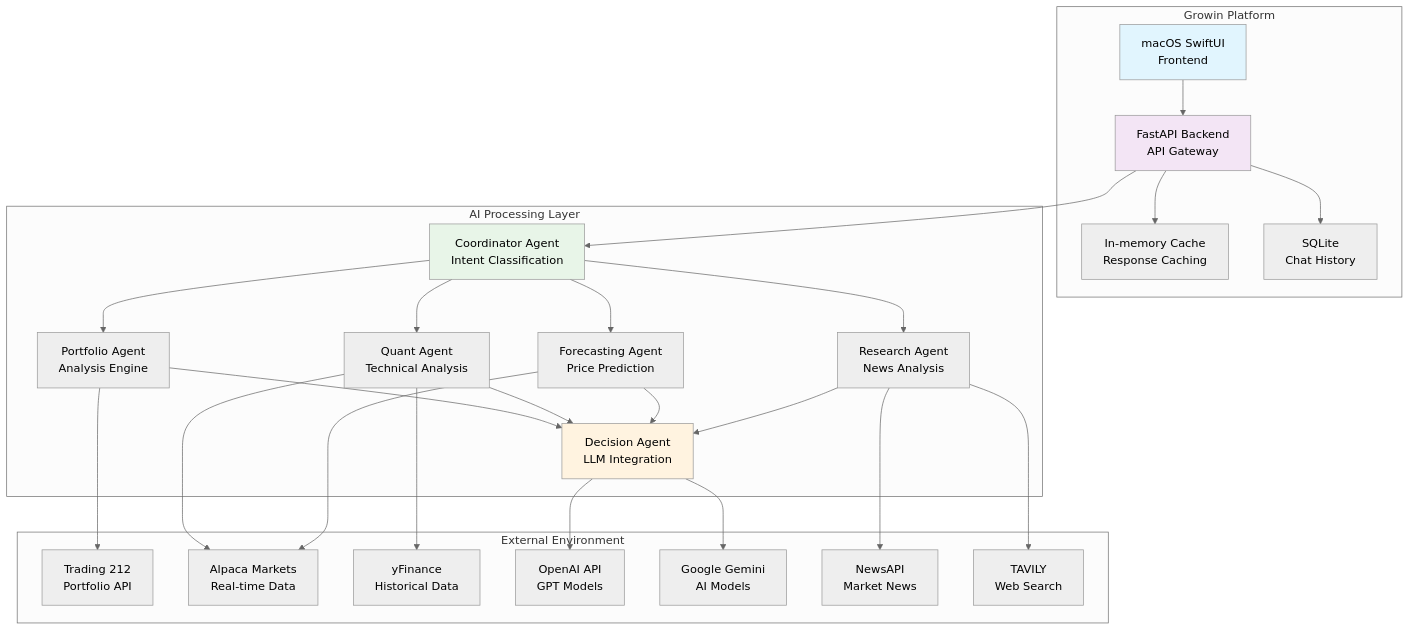
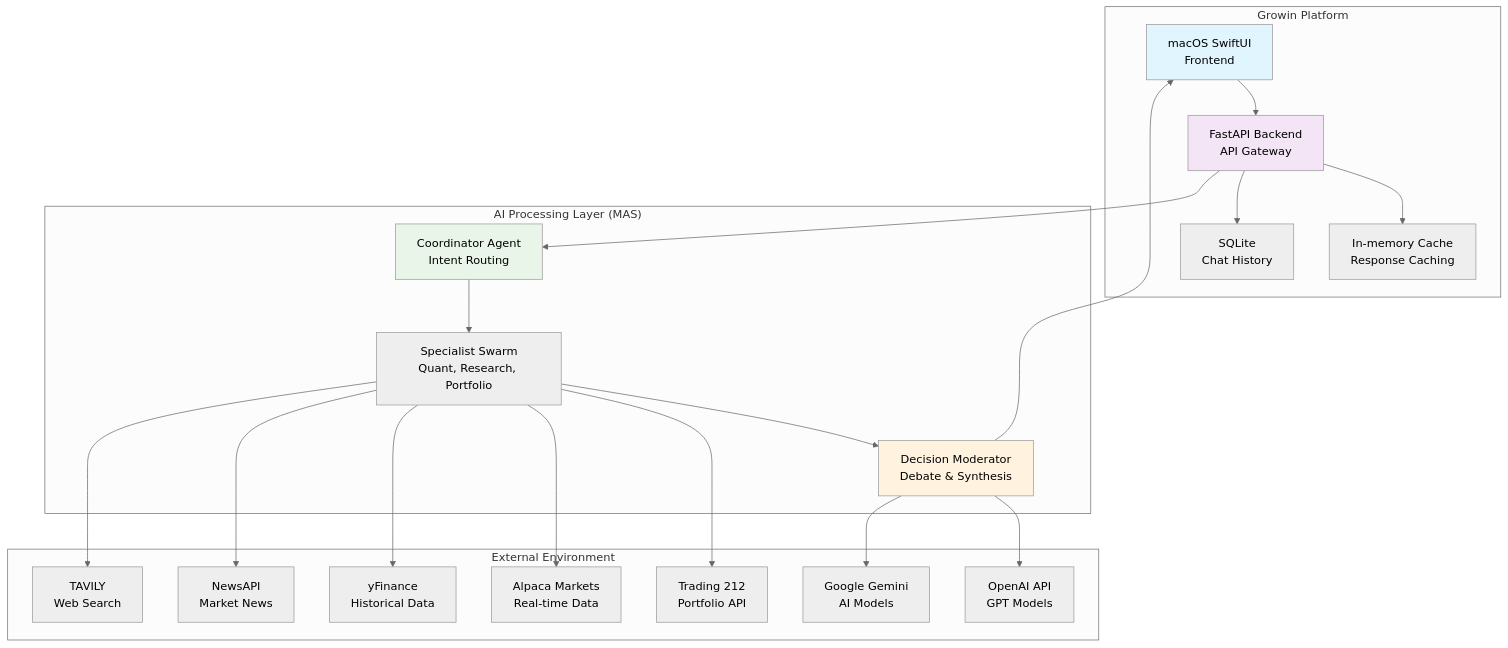
Before and after one commit to sank29mane/growin-app: the first of 4 diagrams in ARCHITECTURE.md, drawn with Mermaid (neutral theme). The commit also changed other lines of this file and 2 other files, not shown here.

Commit message:
docs: restore intricate documentation style and diagrams with SOTA 2026 updates

````diff
--- a/ARCHITECTURE.md
+++ b/ARCHITECTURE.md
@@ -15,52 +15,46 @@
 ```mermaid
 graph TB
     subgraph "External Environment"
         T212[Trading 212<br/>Portfolio API]
         ALP[Alpaca Markets<br/>Real-time Data]
         YF[yFinance<br/>Historical Data]
         OPENAI[OpenAI API<br/>GPT Models]
         GEMINI[Google Gemini<br/>AI Models]
         NEWS[NewsAPI<br/>Market News]
         TAVILY[TAVILY<br/>Web Search]
     end
 
     subgraph "Growin Platform"
         UI[macOS SwiftUI<br/>Frontend]
         API[FastAPI Backend<br/>API Gateway]
         CACHE[In-memory Cache<br/>Response Caching]
         DB[SQLite<br/>Chat History]
     end
 
-    subgraph "AI Processing Layer"
-        COORD[Coordinator Agent<br/>Intent Classification]
-        PORT[Portfolio Agent<br/>Analysis Engine]
-        QUANT[Quant Agent<br/>Technical Analysis]
-        FORECAST[Forecasting Agent<br/>Price Prediction]
-        RESEARCH[Research Agent<br/>News Analysis]
-        DECISION[Decision Agent<br/>LLM Integration]
+    subgraph "AI Processing Layer (MAS)"
+        COORD[Coordinator Agent<br/>Intent Routing]
+        SWARM[Specialist Swarm<br/>Quant, Research, Portfolio]
+        DECISION[Decision Moderator<br/>Debate & Synthesis]
     end
 
     UI --> API
     API --> CACHE
     API --> DB
     API --> COORD
-    COORD --> PORT
-    COORD --> QUANT
-    COORD --> FORECAST
-    COORD --> RESEARCH
-    PORT & QUANT & FORECAST & RESEARCH --> DECISION
+    COORD --> SWARM
+    SWARM --> DECISION
+    DECISION --> UI
 
-    PORT --> T212
-    QUANT --> ALP
-    QUANT --> YF
-    FORECAST --> ALP
-    RESEARCH --> NEWS
-    RESEARCH --> TAVILY
+    SWARM --> T212
+    SWARM --> ALP
+    SWARM --> YF
+    SWARM --> NEWS
+    SWARM --> TAVILY
     DECISION --> OPENAI
     DECISION --> GEMINI
 
     style UI fill:#e1f5fe
     style API fill:#f3e5f5
     style COORD fill:#e8f5e8
     style DECISION fill:#fff3e0
 ```
````
